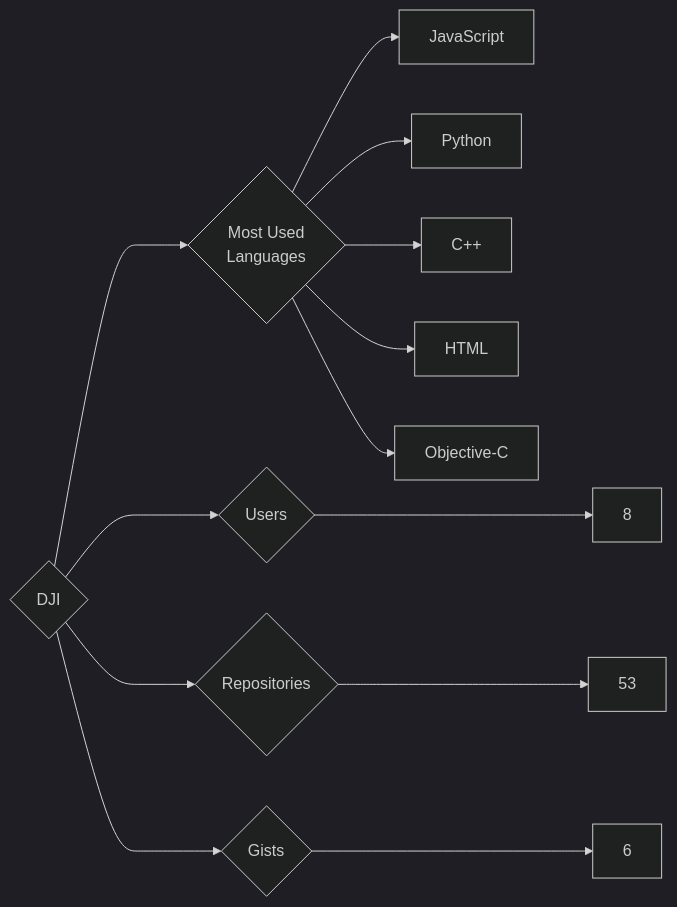
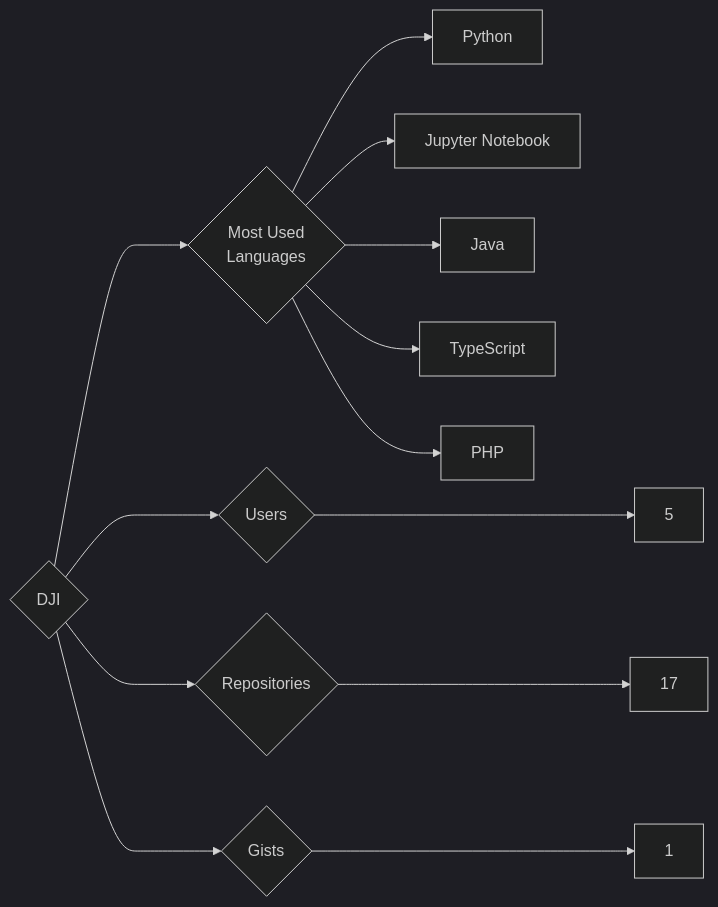
The diagram in targets/DJI/README.md (trickest/insiders), drawn with Mermaid (dark theme) before and after one commit. The commit also changed 1092 other files, not shown here.

````diff
--- a/targets/DJI/README.md
+++ b/targets/DJI/README.md
@@ -3,13 +3,13 @@
 ```mermaid
 graph LR
 COMPANY_NAME{DJI}
-COMPANY_NAME ---> U{Users} ---> UN[8]
-COMPANY_NAME ---> R{Repositories} ---> RN[53]
-COMPANY_NAME ---> G{Gists} ---> GN[6]
+COMPANY_NAME ---> U{Users} ---> UN[5]
+COMPANY_NAME ---> R{Repositories} ---> RN[17]
+COMPANY_NAME ---> G{Gists} ---> GN[1]
 COMPANY_NAME ---> ML{Most Used<br>Languages}
-ML --> JavaScript[JavaScript]
 ML --> Python[Python]
-ML --> C++[C++]
-ML --> HTML[HTML]
-ML --> Objective-C[Objective-C]
+ML --> Jupyter_Notebook[Jupyter Notebook]
+ML --> Java[Java]
+ML --> TypeScript[TypeScript]
+ML --> PHP[PHP]
 ```
````
